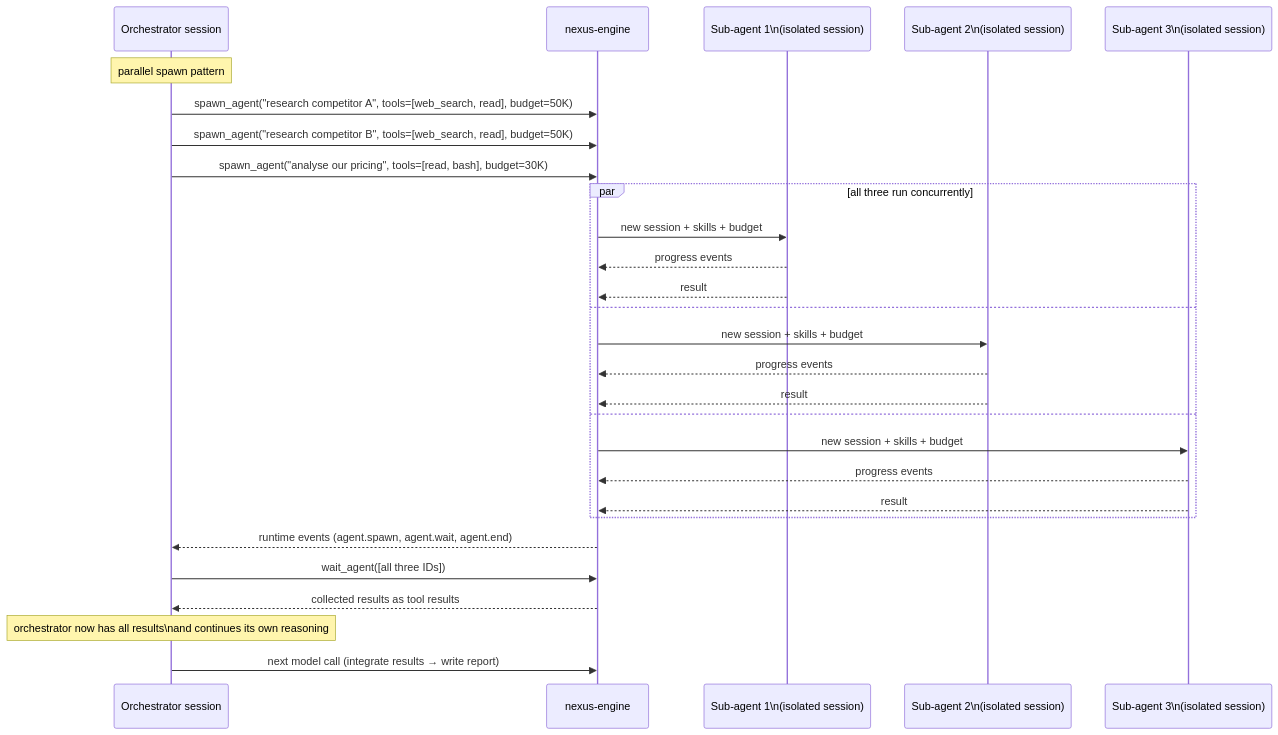
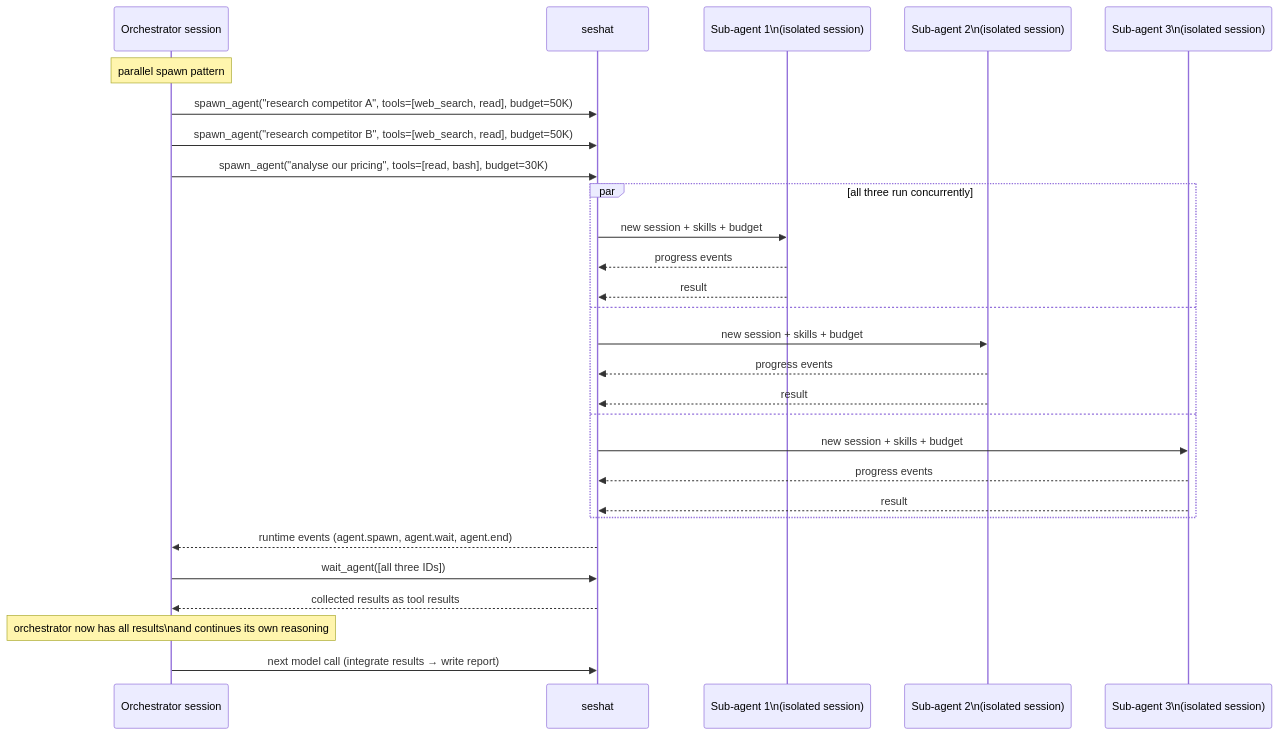
The second of 3 diagrams in docs/vision/diagrams.md (KPO-Tech/seshat), drawn with Mermaid before and after one commit. The commit also changed other lines of this file and 30 other files, not shown here.

First line of the commit message:
docs: rename Nexus Engine → Seshat across all documentation

````diff
--- a/docs/vision/diagrams.md
+++ b/docs/vision/diagrams.md
@@ -122,38 +122,38 @@
 ```mermaid
 sequenceDiagram
     participant Orch as Orchestrator session
-    participant Engine as nexus-engine
+    participant Engine as seshat
     participant SA1 as Sub-agent 1\n(isolated session)
     participant SA2 as Sub-agent 2\n(isolated session)
     participant SA3 as Sub-agent 3\n(isolated session)
 
     Note over Orch: parallel spawn pattern
 
     Orch->>Engine: spawn_agent("research competitor A", tools=[web_search, read], budget=50K)
     Orch->>Engine: spawn_agent("research competitor B", tools=[web_search, read], budget=50K)
     Orch->>Engine: spawn_agent("analyse our pricing",    tools=[read, bash],       budget=30K)
 
     par all three run concurrently
         Engine->>SA1: new session + skills + budget
         SA1-->>Engine: progress events
         SA1-->>Engine: result
 
     and
         Engine->>SA2: new session + skills + budget
         SA2-->>Engine: progress events
         SA2-->>Engine: result
 
     and
         Engine->>SA3: new session + skills + budget
         SA3-->>Engine: progress events
         SA3-->>Engine: result
     end
 
     Engine-->>Orch: runtime events (agent.spawn, agent.wait, agent.end)
 
     Orch->>Engine: wait_agent([all three IDs])
     Engine-->>Orch: collected results as tool results
 
     Note over Orch: orchestrator now has all results\nand continues its own reasoning
     Orch->>Engine: next model call (integrate results → write report)
 ```
````
